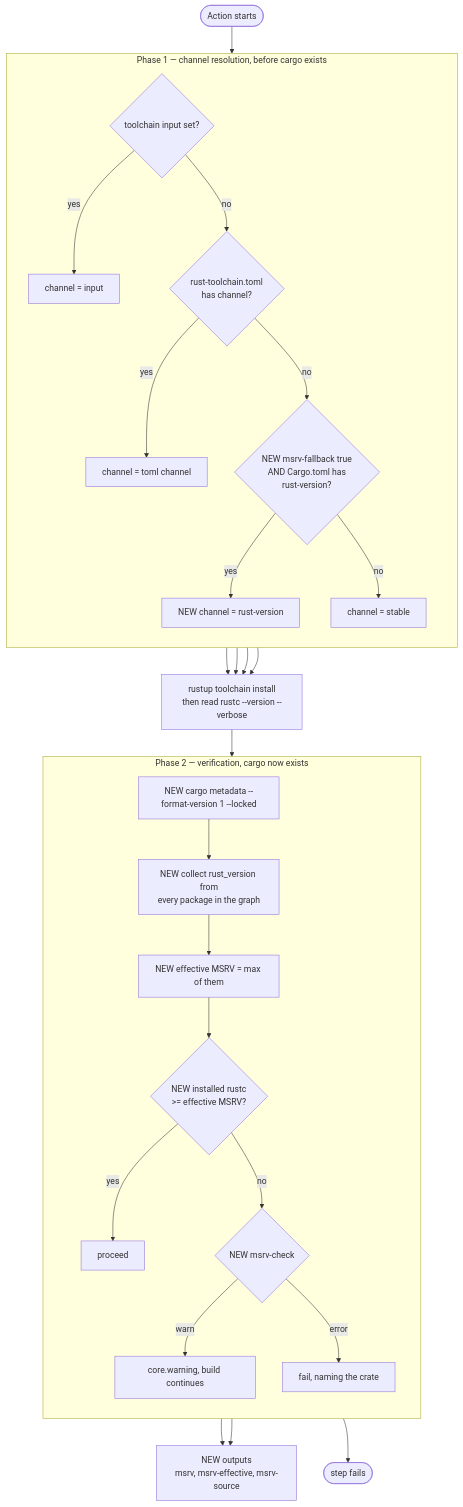
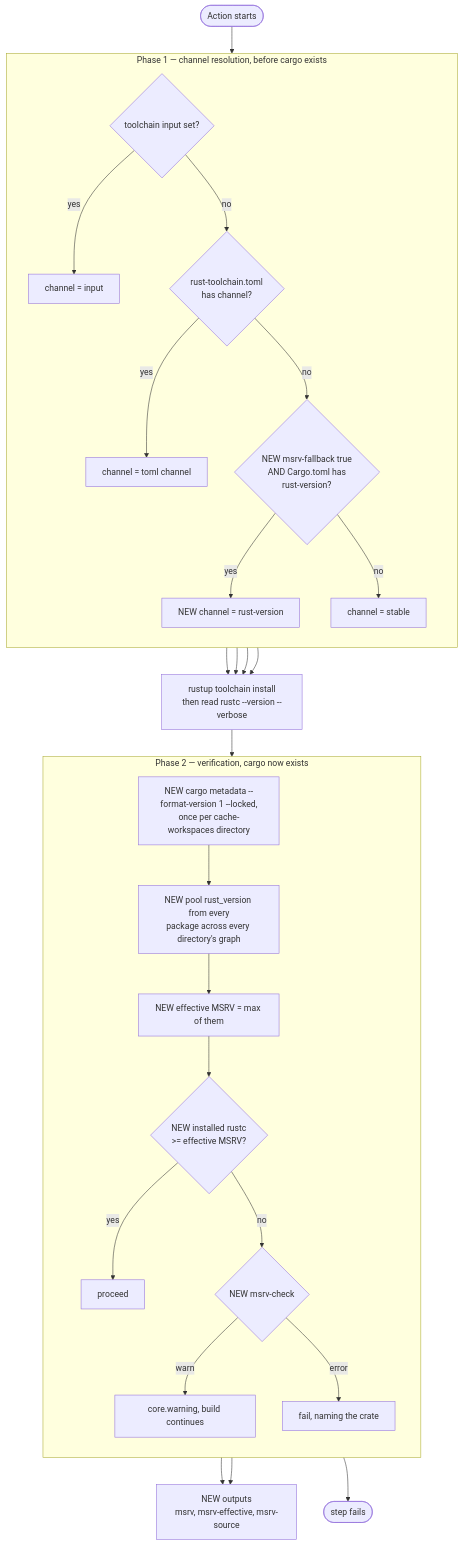
The diagram in docs/content/design/2026-08-12-msrv-awareness.md (elioseverojunior/rust-toolchain), drawn with Mermaid before and after one commit. The commit also changed other lines of this file and 8 other files, not shown here.

First line of the commit message:
fix(config): check every cache-workspaces directory for MSRV, not just the root

````diff
--- a/docs/content/design/2026-08-12-msrv-awareness.md
+++ b/docs/content/design/2026-08-12-msrv-awareness.md
@@ -79,38 +85,38 @@
 ```mermaid
 flowchart TD
     Start(["Action starts"]) --> P1
 
     subgraph P1["Phase 1 — channel resolution, before cargo exists"]
         direction TB
         I{"toolchain input set?"}
         I -- yes --> IC["channel = input"]
         I -- no --> T{"rust-toolchain.toml<br/>has channel?"}
         T -- yes --> TC["channel = toml channel"]
         T -- no --> M{"NEW msrv-fallback true<br/>AND Cargo.toml has<br/>rust-version?"}
         M -- yes --> MC["NEW channel = rust-version"]
         M -- no --> SC["channel = stable"]
     end
 
     IC --> Install["rustup toolchain install<br/>then read rustc --version --verbose"]
     TC --> Install
     MC --> Install
     SC --> Install
 
     Install --> P2
 
     subgraph P2["Phase 2 — verification, cargo now exists"]
         direction TB
-        Meta["NEW cargo metadata --format-version 1 --locked"]
-        Meta --> Collect["NEW collect rust_version from<br/>every package in the graph"]
+        Meta["NEW cargo metadata --format-version 1 --locked,<br/>once per cache-workspaces directory"]
+        Meta --> Collect["NEW pool rust_version from every<br/>package across every directory's graph"]
         Collect --> Eff["NEW effective MSRV = max of them"]
         Eff --> Cmp{"NEW installed rustc<br/>&gt;= effective MSRV?"}
         Cmp -- yes --> OK["proceed"]
         Cmp -- no --> Policy{"NEW msrv-check"}
         Policy -- warn --> Warn["core.warning, build continues"]
         Policy -- error --> Fail["fail, naming the crate"]
     end
 
     OK --> Out["NEW outputs<br/>msrv, msrv-effective, msrv-source"]
     Warn --> Out
     Fail --> X(["step fails"])
 ```
````
